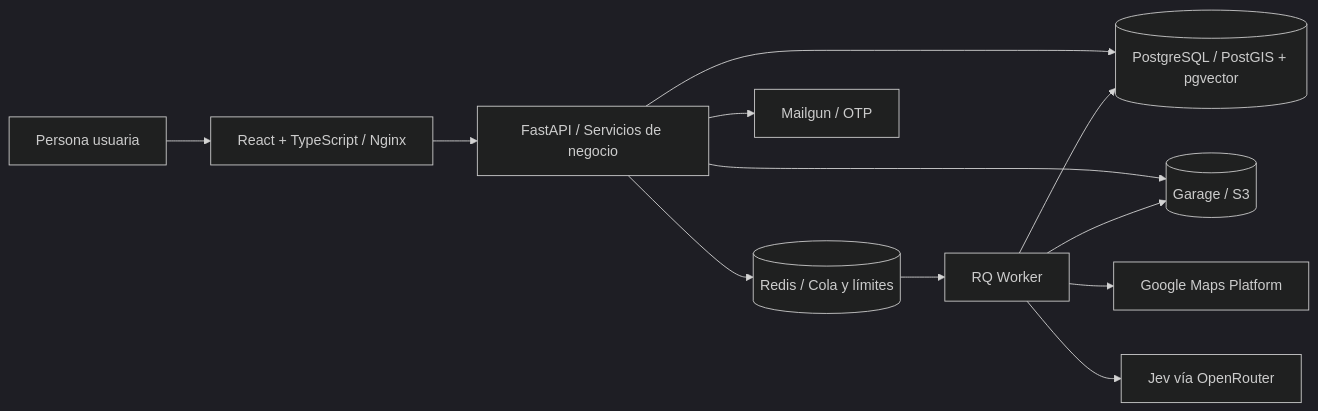
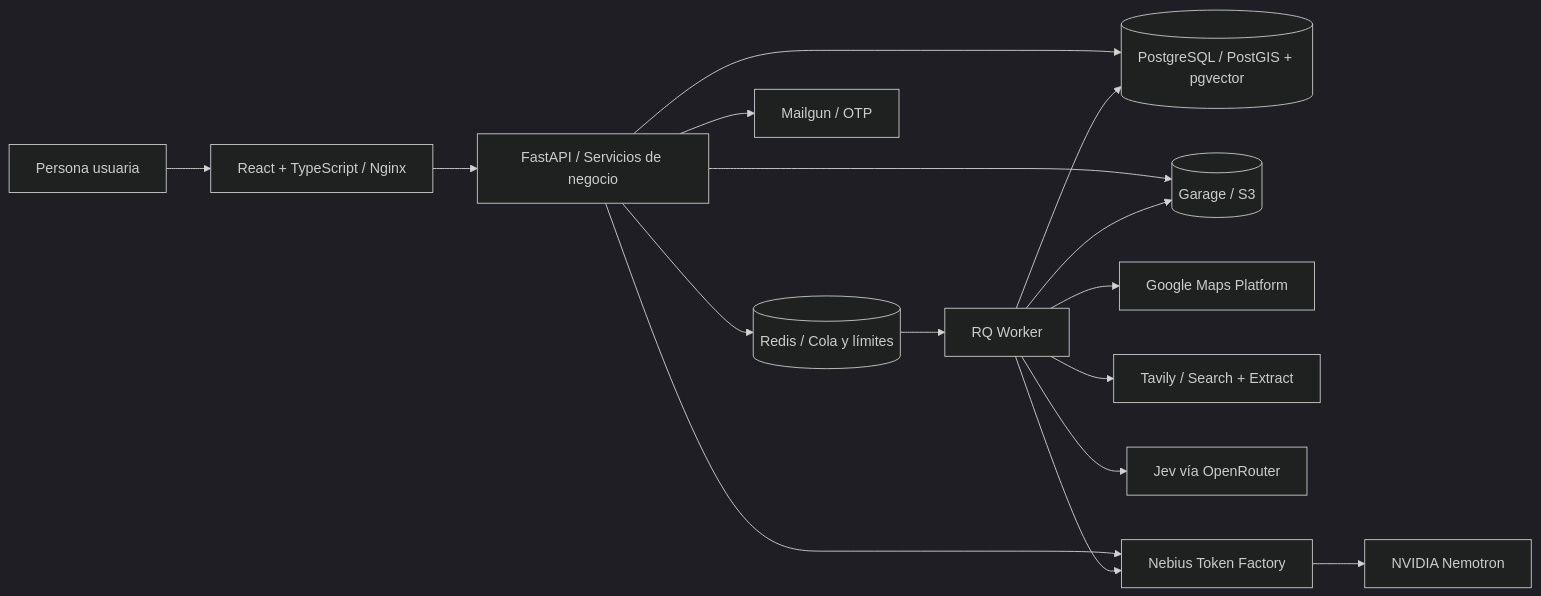
Before and after one commit to AnuarBarrera/Agent-sales: the diagram in README.md, drawn with Mermaid (dark theme). The commit also changed other lines of this file, not shown here.

Commit message:
docs: explain Nebius Nemotron and Tavily roles in the demo

````diff
--- a/README.md
+++ b/README.md
@@ -32,14 +32,18 @@
 ```mermaid
 flowchart LR
     Persona[Persona usuaria] --> Web[React + TypeScript / Nginx]
     Web --> API[FastAPI / Servicios de negocio]
     API --> DB[(PostgreSQL / PostGIS + pgvector)]
     API --> Redis[(Redis / Cola y límites)]
     Redis --> Worker[RQ Worker]
     Worker --> DB
     API --> Garage[(Garage / S3)]
     Worker --> Garage
     API --> Mailgun[Mailgun / OTP]
     Worker --> Maps[Google Maps Platform]
+    Worker --> Tavily[Tavily / Search + Extract]
     Worker --> Jev[Jev vía OpenRouter]
+    API --> Nebius[Nebius Token Factory]
+    Worker --> Nebius
+    Nebius --> Nemotron[NVIDIA Nemotron]
 ```
````
